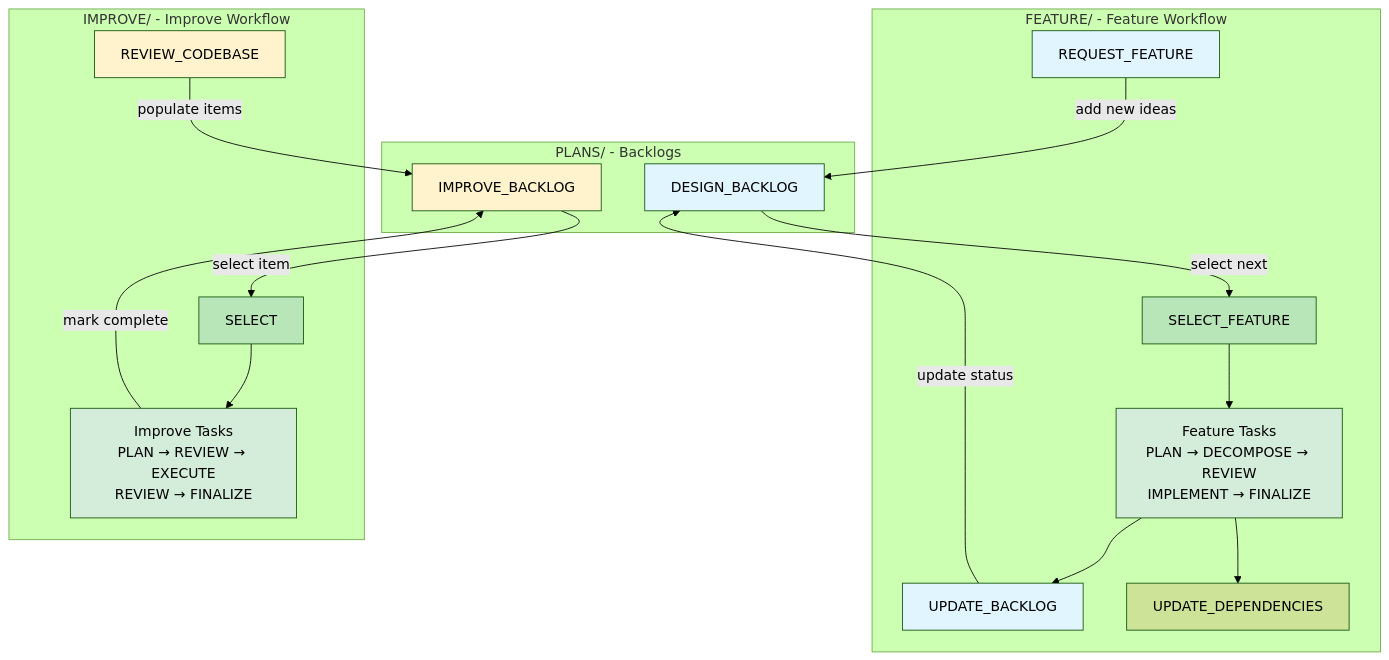
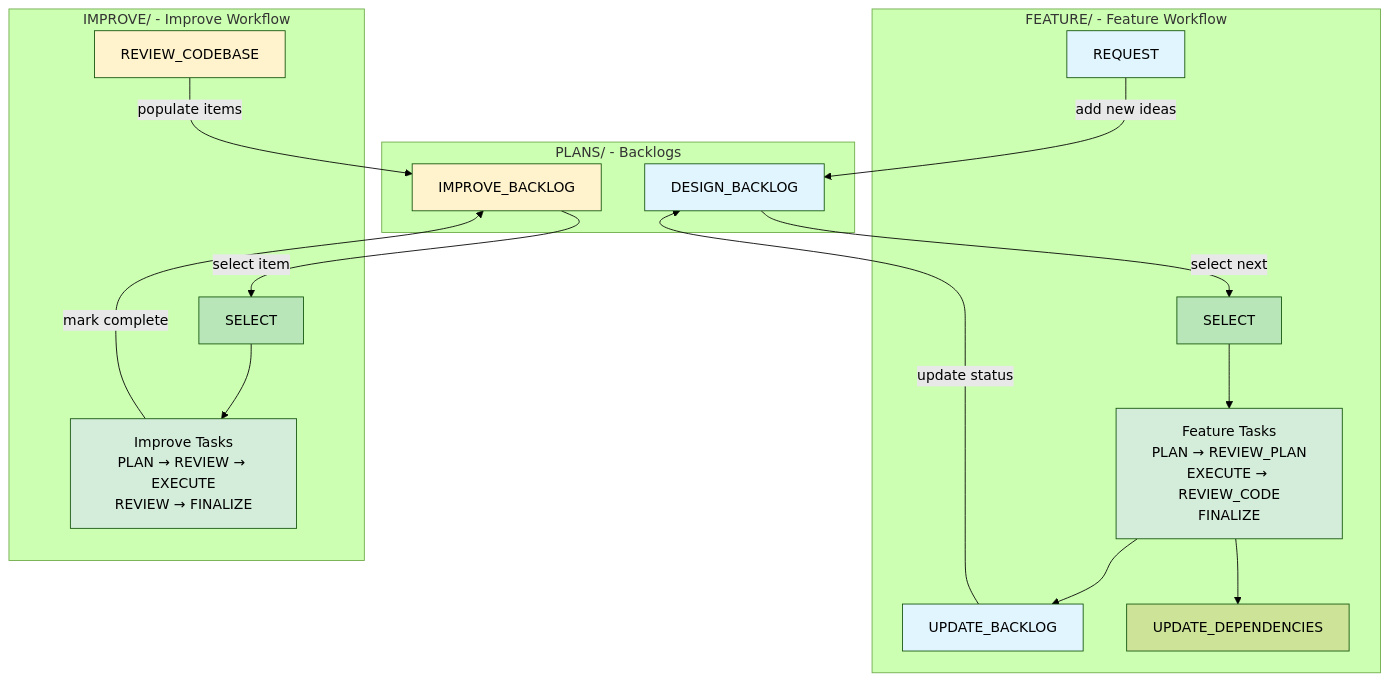
Before and after one commit to EvanLavender13/FrogLords: the diagram in TASKS/WORKFLOW.md, drawn with Mermaid (forest theme). The commit also changed other lines of this file and 12 other files, not shown here.

````diff
--- a/TASKS/WORKFLOW.md
+++ b/TASKS/WORKFLOW.md
@@ -7,45 +7,45 @@
 ```mermaid
 graph TB
     subgraph Backlogs["PLANS/ - Backlogs"]
         DB[DESIGN_BACKLOG]
         IB[IMPROVE_BACKLOG]
     end
 
     subgraph FeatureTasks["FEATURE/ - Feature Workflow"]
-        RF[REQUEST_FEATURE]
-        NF[SELECT_FEATURE]
-        FW[Feature Tasks<br/>PLAN → DECOMPOSE → REVIEW<br/>IMPLEMENT → FINALIZE]
+        RF[REQUEST]
+        NF[SELECT]
+        FW[Feature Tasks<br/>PLAN → REVIEW_PLAN<br/>EXECUTE → REVIEW_CODE<br/>FINALIZE]
         UB[UPDATE_BACKLOG]
         UD[UPDATE_DEPENDENCIES]
     end
 
     subgraph ImproveTasks["IMPROVE/ - Improve Workflow"]
         RC[REVIEW_CODEBASE]
         SI[SELECT]
         IW[Improve Tasks<br/>PLAN → REVIEW → EXECUTE<br/>REVIEW → FINALIZE]
     end
 
     %% Feature workflow flows
     RF -->|add new ideas| DB
     DB -->|select next| NF
     NF --> FW
     FW --> UB
     FW --> UD
     UB -->|update status| DB
 
     %% Improve workflow flows
     RC -->|populate items| IB
     IB -->|select item| SI
     SI --> IW
     IW -->|mark complete| IB
 
     style DB fill:#e1f5ff
     style IB fill:#fff3cd
     style FW fill:#d4edda
     style IW fill:#d4edda
     style NF fill:#b8e6b8
     style SI fill:#b8e6b8
     style RF fill:#e1f5ff
     style RC fill:#fff3cd
     style UB fill:#e1f5ff
 ```
````
